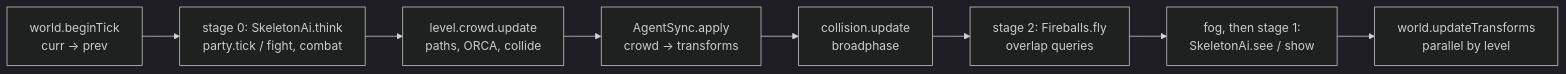
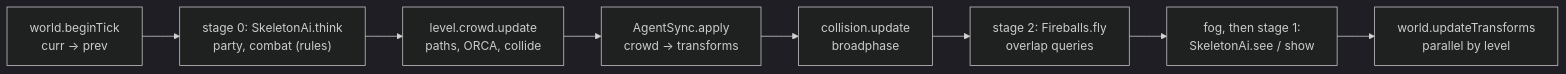
The third of 3 diagrams in docs/learn/01-architecture.md (ilumar589/JEddyFramework), drawn with Mermaid (dark theme) before and after one commit. The commit also changed other lines of this file and 8 other files, not shown here.

````diff
--- a/docs/learn/01-architecture.md
+++ b/docs/learn/01-architecture.md
@@ -1817,10 +4450,10 @@
 ```mermaid
 flowchart LR
-  bt["world.beginTick<br/>curr → prev"] --> ai["stage 0: SkeletonAi.think<br/>party.tick / fight, combat"]
+  bt["world.beginTick<br/>curr → prev"] --> ai["stage 0: SkeletonAi.think<br/>party, combat (rules)"]
   ai --> crowd["level.crowd.update<br/>paths, ORCA, collide"]
   crowd --> sync["AgentSync.apply<br/>crowd → transforms"]
   sync --> col["collision.update<br/>broadphase"]
   col --> sp["stage 2: Fireballs.fly<br/>overlap queries"]
   sp --> vis["fog, then stage 1:<br/>SkeletonAi.see / show"]
   vis --> tr["world.updateTransforms<br/>parallel by level"]
 ```
````
